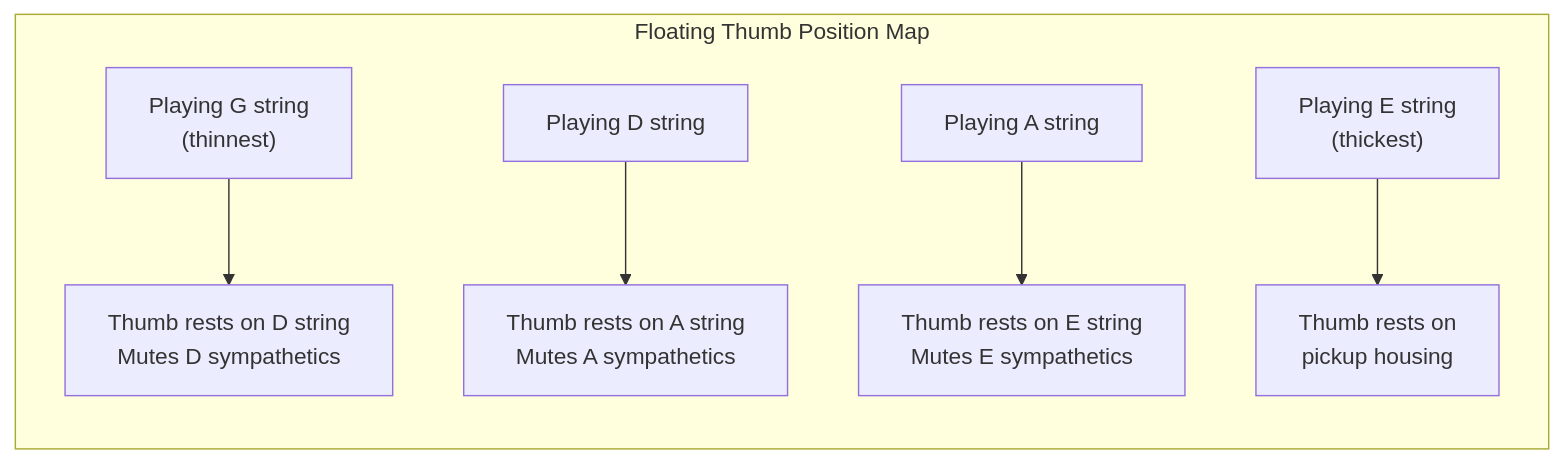
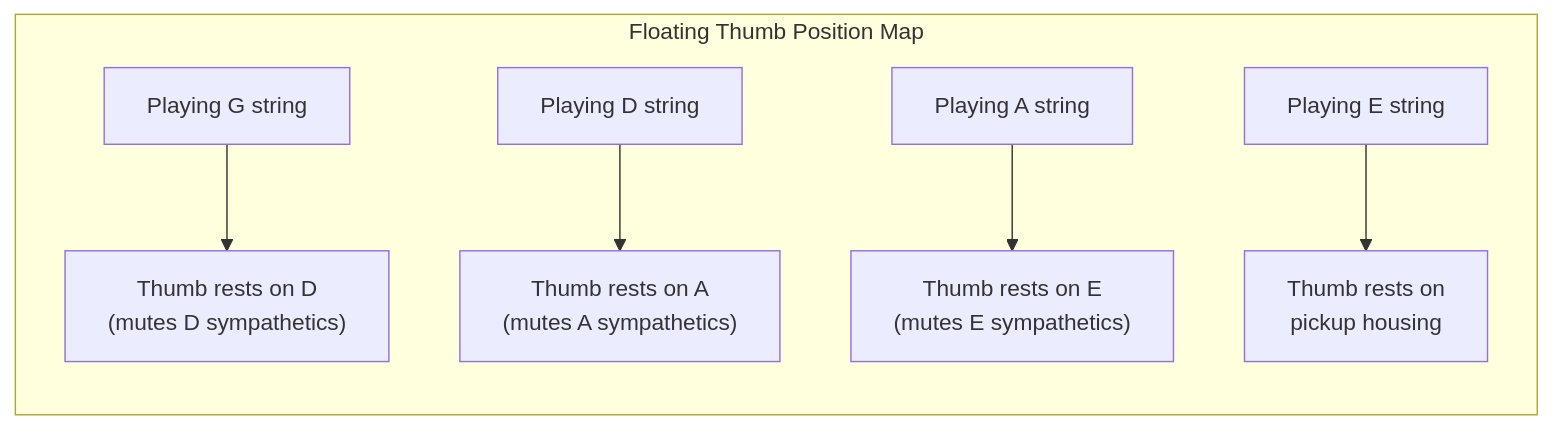
The second of 5 diagrams in topics/arts/music_performance/bass_guitar/labs.md (blebleblee/synapse), drawn with Mermaid before and after one commit. The commit also changed other lines of this file and 4 other files, not shown here.

````diff
--- a/topics/arts/music_performance/bass_guitar/labs.md
+++ b/topics/arts/music_performance/bass_guitar/labs.md
@@ -304,9 +227,9 @@
 ```mermaid
 graph LR
     subgraph sub_floating ["Floating Thumb Position Map"]
-        A["Playing G string\n(thinnest)"] --> B["Thumb rests on D string\nMutes D sympathetics"]
-        C["Playing D string"] --> D["Thumb rests on A string\nMutes A sympathetics"]
-        E["Playing A string"] --> F["Thumb rests on E string\nMutes E sympathetics"]
-        G["Playing E string\n(thickest)"] --> H["Thumb rests on\npickup housing"]
+        A["Playing G string"] --> B["Thumb rests on D\n(mutes D sympathetics)"]
+        C["Playing D string"] --> D["Thumb rests on A\n(mutes A sympathetics)"]
+        E["Playing A string"] --> F["Thumb rests on E\n(mutes E sympathetics)"]
+        G["Playing E string"] --> H["Thumb rests on\npickup housing"]
     end
 ```
````
